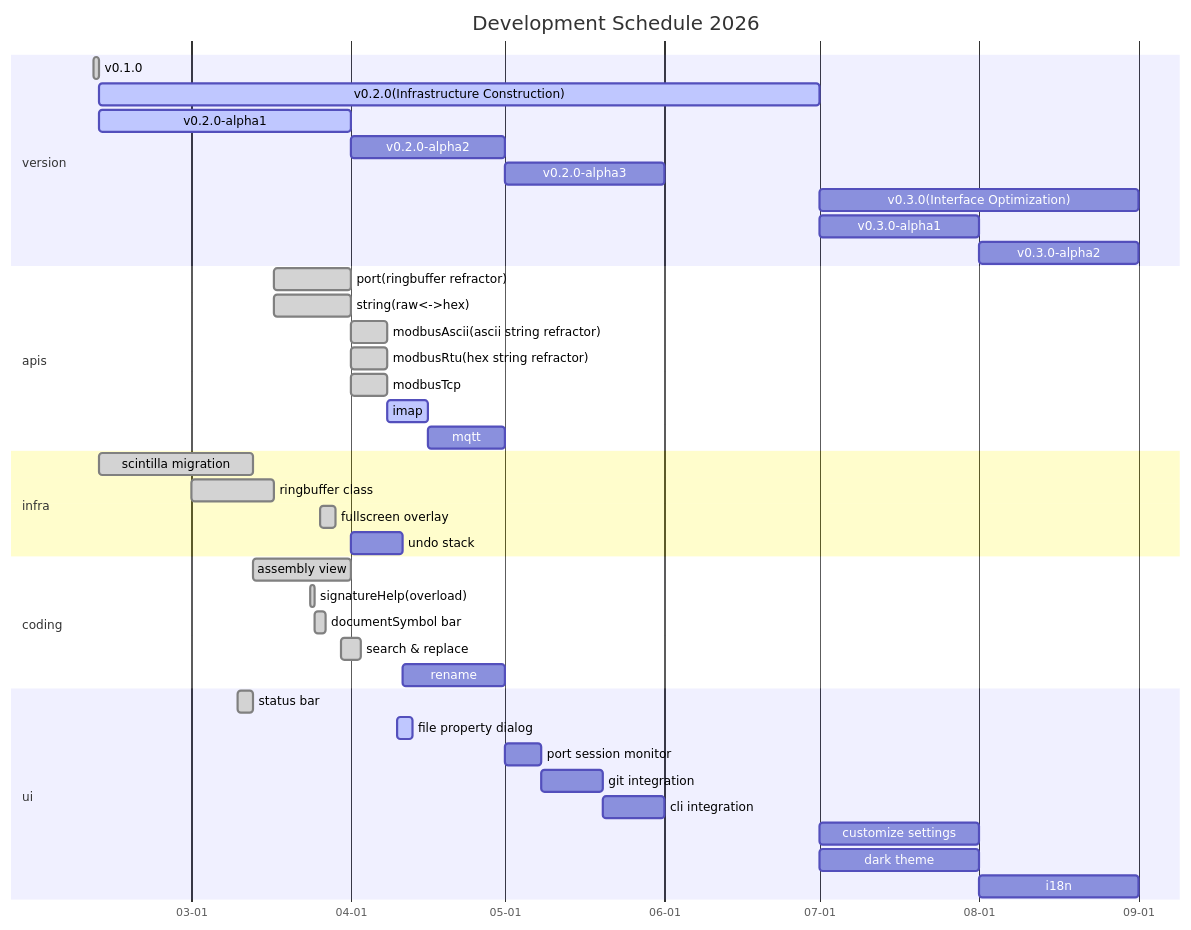
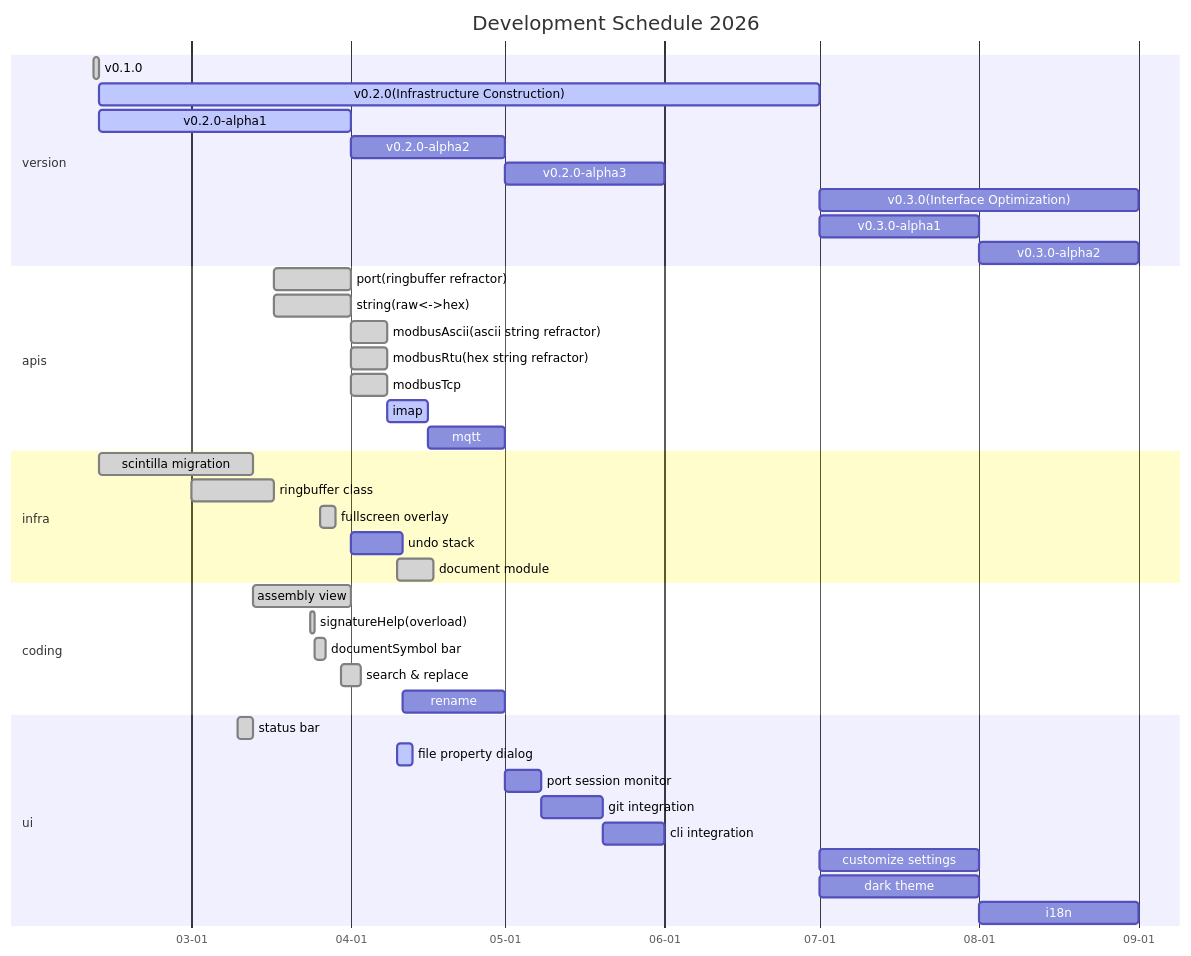
The second of 3 diagrams in README.md (zyt20001205/UniComm2), drawn with Mermaid before and after one commit.

Commit message:
add progress to schedule

````diff
--- a/README.md
+++ b/README.md
@@ -79,49 +79,50 @@
 ```mermaid
 gantt
     title Development Schedule 2026
     dateFormat MM-DD
     axisFormat %m-%d
     tickInterval 1month
 
     section version
         v0.1.0: done, 02-10, 1d
         v0.2.0(Infrastructure Construction): active, 02-11, 140d
         v0.2.0-alpha1: active, 02-11, 49d
         v0.2.0-alpha2: 04-01, 30d
         v0.2.0-alpha3: 05-01, 31d
         v0.3.0(Interface Optimization): 07-01, 62d
         v0.3.0-alpha1: 07-01, 31d
         v0.3.0-alpha2: 08-01, 31d
 
     section apis
         port(ringbuffer refractor): done, 03-17, 15d
         string(raw<->hex): done, 03-17, 15d
         modbusAscii(ascii string refractor): done, 04-01, 7d
         modbusRtu(hex string refractor): done, 04-01, 7d
         modbusTcp: done, 04-01, 7d
         imap: active, 04-08, 8d
         mqtt: 04-16, 15d
 
     section infra
         scintilla migration: done, 02-11, 30d
         ringbuffer class: done, 03-01, 16d
         fullscreen overlay: done, 03-26, 3d
         undo stack: 04-01, 10d
+        document module: done, 04-10, 7d
 
     section coding
         assembly view: done, 03-13, 19d
         signatureHelp(overload): done, 03-24, 1d
         documentSymbol bar: done, 03-25, 2d
         search & replace: done, 03-30, 4d
         rename: 04-11, 20d
 
     section ui
         status bar: done, 03-10, 3d
         file property dialog: active, 04-10, 3d
         port session monitor: 05-01, 7d
         git integration: 05-08, 12d
         cli integration: 05-20, 12d
         customize settings: 07-01, 31d
         dark theme: 07-01, 31d
         i18n: 08-01, 31d
 ```
````
